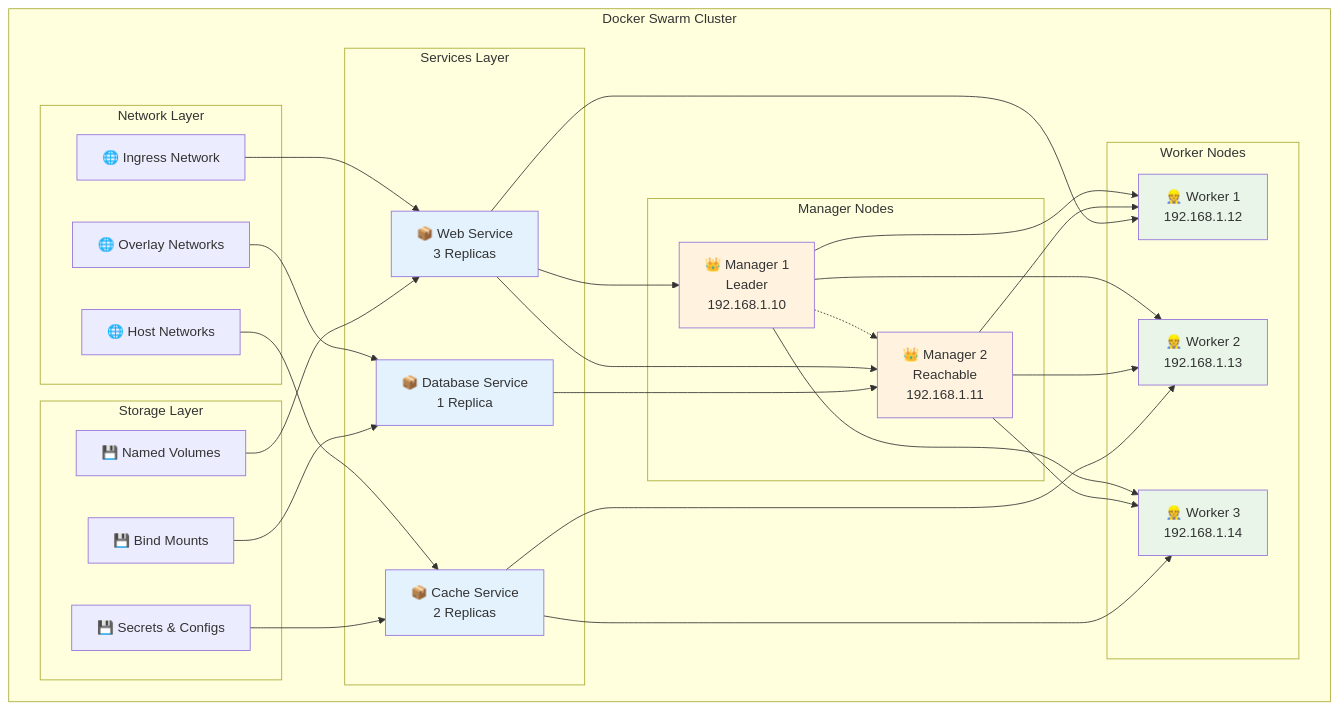
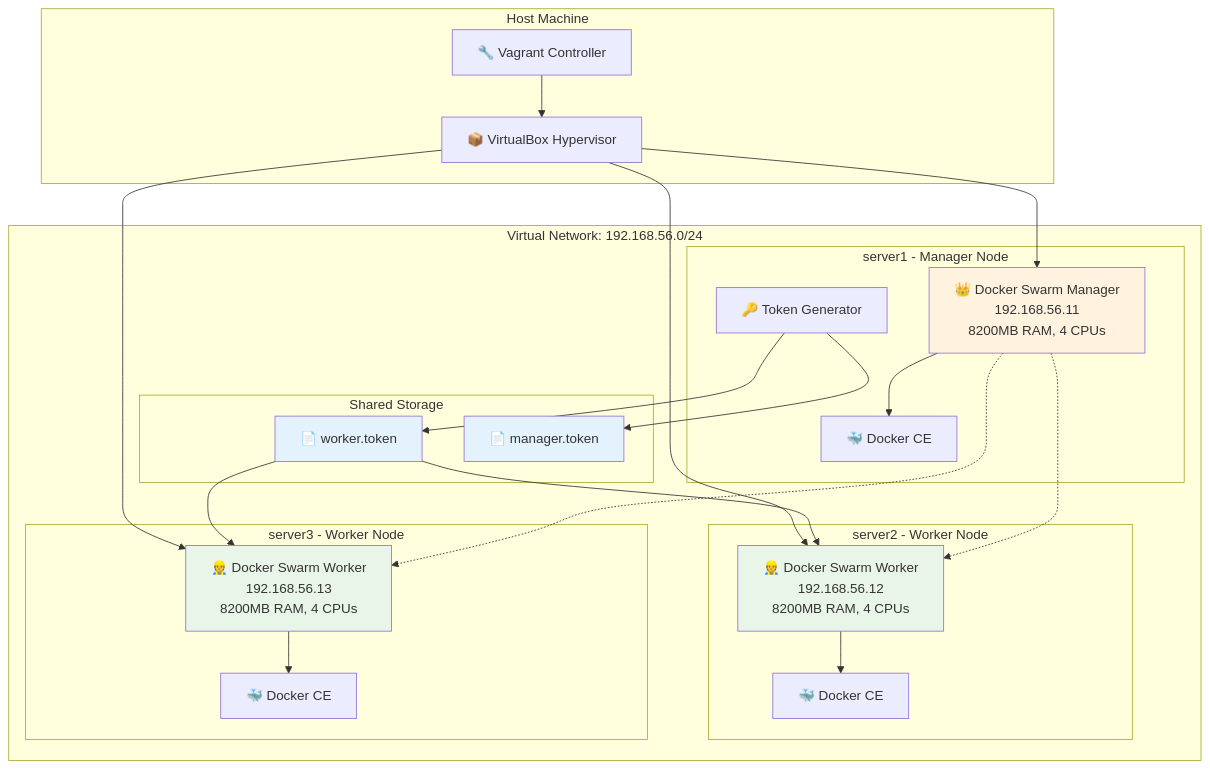
Before and after one commit to AnilPatel13/Docker-Kubernethes: the second of 4 diagrams in Docker Swarm Setup/README.md, drawn with Mermaid. The commit also changed other lines of this file and 14 other files, not shown here.

Commit message:
adding the docker swarm secrets.

````diff
--- a/Docker Swarm Setup/README.md
+++ b/Docker Swarm Setup/README.md
@@ -220,65 +102,53 @@
 ```mermaid
 graph TB
-    subgraph "Docker Swarm Cluster"
-        subgraph "Manager Nodes"
-            M1[👑 Manager 1<br/>Leader<br/>192.168.1.10]
-            M2[👑 Manager 2<br/>Reachable<br/>192.168.1.11]
+    subgraph "Host Machine"
+        V[🔧 Vagrant Controller]
+        VB[📦 VirtualBox Hypervisor]
+    end
+    
+    subgraph "Virtual Network: 192.168.56.0/24"
+        subgraph "server1 - Manager Node"
+            M1[👑 Docker Swarm Manager<br/>192.168.56.11<br/>8200MB RAM, 4 CPUs]
+            D1[🐳 Docker CE]
+            S1[🔑 Token Generator]
         end
         
-        subgraph "Worker Nodes"
-            W1[👷 Worker 1<br/>192.168.1.12]
-            W2[👷 Worker 2<br/>192.168.1.13]
-            W3[👷 Worker 3<br/>192.168.1.14]
+        subgraph "server2 - Worker Node"
+            W1[👷 Docker Swarm Worker<br/>192.168.56.12<br/>8200MB RAM, 4 CPUs]
+            D2[🐳 Docker CE]
         end
         
-        subgraph "Services Layer"
-            S1[📦 Web Service<br/>3 Replicas]
-            S2[📦 Database Service<br/>1 Replica]
-            S3[📦 Cache Service<br/>2 Replicas]
+        subgraph "server3 - Worker Node"
+            W2[👷 Docker Swarm Worker<br/>192.168.56.13<br/>8200MB RAM, 4 CPUs]
+            D3[🐳 Docker CE]
         end
         
-        subgraph "Network Layer"
-            N1[🌐 Ingress Network]
-            N2[🌐 Overlay Networks]
-            N3[🌐 Host Networks]
-        end
-        
-        subgraph "Storage Layer"
-            V1[💾 Named Volumes]
-            V2[💾 Bind Mounts]
-            V3[💾 Secrets & Configs]
+        subgraph "Shared Storage"
+            T1[📄 worker.token]
+            T2[📄 manager.token]
         end
     end
     
-    M1 -.-> M2
-    M1 --> W1
-    M1 --> W2
-    M1 --> W3
-    M2 --> W1
-    M2 --> W2
-    M2 --> W3
+    V --> VB
+    VB --> M1
+    VB --> W1
+    VB --> W2
     
-    S1 --> M1
-    S1 --> M2
-    S1 --> W1
-    S2 --> M2
-    S3 --> W2
-    S3 --> W3
+    M1 --> D1
+    W1 --> D2
+    W2 --> D3
     
-    N1 --> S1
-    N2 --> S2
-    N3 --> S3
+    S1 --> T1
+    S1 --> T2
+    T1 --> W1
+    T1 --> W2
     
-    V1 --> S1
-    V2 --> S2
-    V3 --> S3
+    M1 -.-> W1
+    M1 -.-> W2
     
     style M1 fill:#fff3e0
-    style M2 fill:#fff3e0
     style W1 fill:#e8f5e8
     style W2 fill:#e8f5e8
-    style W3 fill:#e8f5e8
-    style S1 fill:#e3f2fd
-    style S2 fill:#e3f2fd
-    style S3 fill:#e3f2fd
+    style T1 fill:#e3f2fd
+    style T2 fill:#e3f2fd
 ```
````
